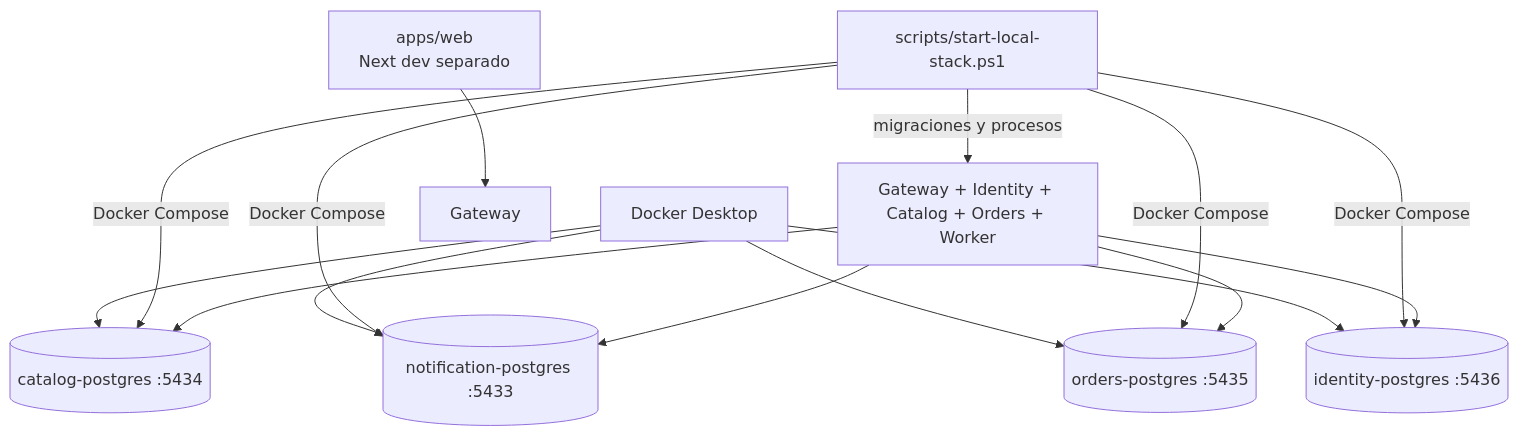
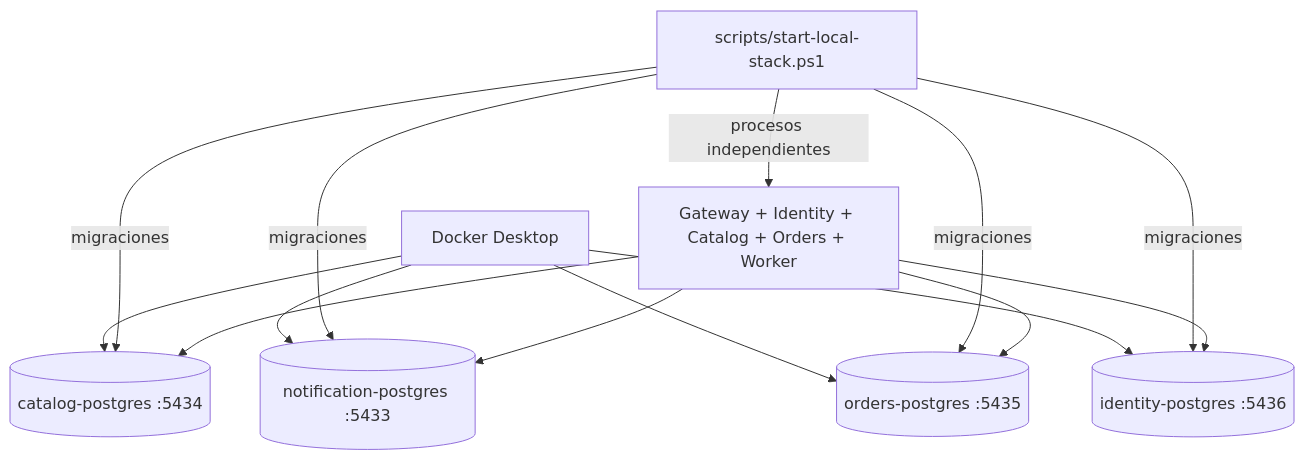
The ninth of 10 diagrams in docs/wiki/architecture-overview.md (HectorARiascosI/mileshop-platform), drawn with Mermaid before and after one commit. The commit also changed other lines of this file and 89 other files, not shown here.

````diff
--- a/docs/wiki/architecture-overview.md
+++ b/docs/wiki/architecture-overview.md
@@ -416,18 +300,17 @@
 ```mermaid
 flowchart TB
     Docker[Docker Desktop]
     Docker --> CDB[(catalog-postgres :5434)]
     Docker --> NDB[(notification-postgres :5433)]
     Docker --> ODB[(orders-postgres :5435)]
     Docker --> IDB[(identity-postgres :5436)]
-    Start[scripts/start-local-stack.ps1] -->|Docker Compose| CDB
-    Start -->|Docker Compose| NDB
-    Start -->|Docker Compose| ODB
-    Start -->|Docker Compose| IDB
-    Start -->|migraciones y procesos| Apps[Gateway + Identity + Catalog + Orders + Worker]
-    Web[apps/web\nNext dev separado] --> Gateway
+    Start[scripts/start-local-stack.ps1] -->|migraciones| CDB
+    Start -->|migraciones| NDB
+    Start -->|migraciones| ODB
+    Start -->|migraciones| IDB
+    Start -->|procesos independientes| Apps[Gateway + Identity + Catalog + Orders + Worker]
     Apps --> CDB
     Apps --> NDB
     Apps --> ODB
     Apps --> IDB
 ```
````
